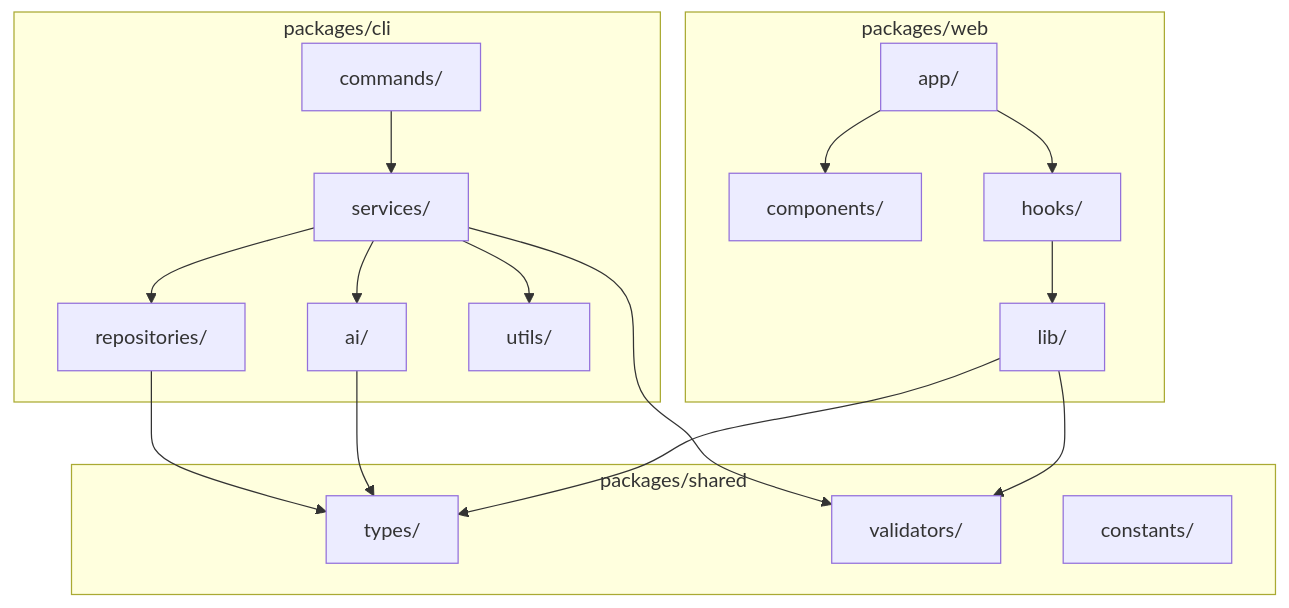
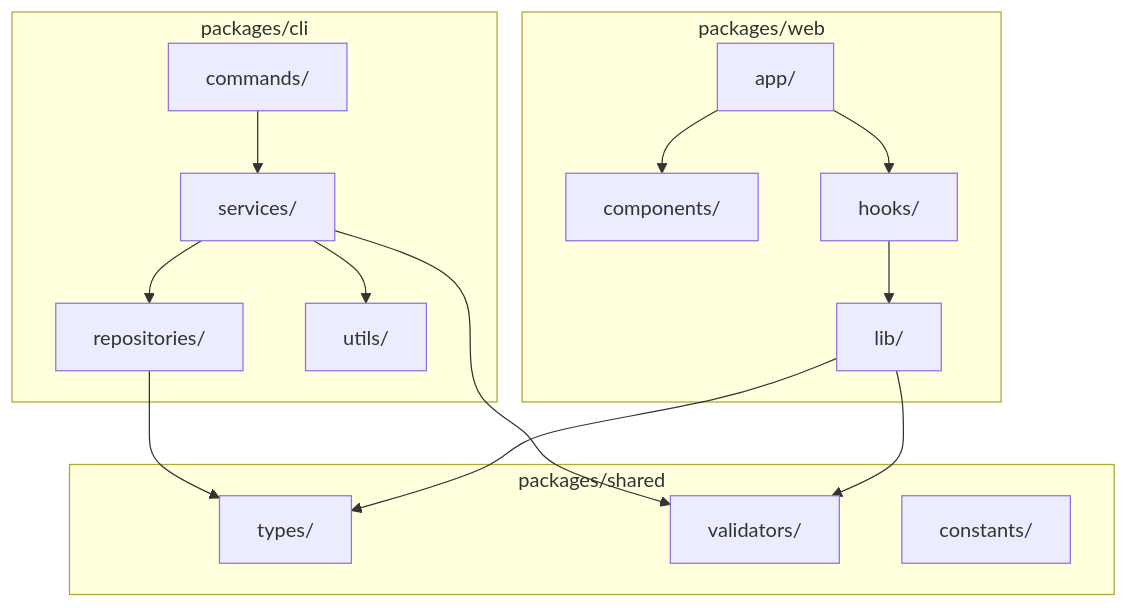
The diagram in .reqord/context/structure-diagram.md (kicchann/reqord), drawn with Mermaid before and after one commit. The commit also changed other lines of this file and 31 other files, not shown here.

````diff
--- a/.reqord/context/structure-diagram.md
+++ b/.reqord/context/structure-diagram.md
@@ -5,38 +5,35 @@
 ```mermaid
 graph TB
     subgraph "packages/cli"
         CLI_CMD["commands/"]
         CLI_SVC["services/"]
         CLI_REPO["repositories/"]
-        CLI_AI["ai/"]
         CLI_UTIL["utils/"]
     end
 
     subgraph "packages/web"
         WEB_APP["app/"]
         WEB_COMP["components/"]
         WEB_HOOKS["hooks/"]
         WEB_LIB["lib/"]
     end
 
     subgraph "packages/shared"
         SHARED_TYPES["types/"]
         SHARED_VAL["validators/"]
         SHARED_CONST["constants/"]
     end
 
     CLI_CMD --> CLI_SVC
     CLI_SVC --> CLI_REPO
-    CLI_SVC --> CLI_AI
     CLI_SVC --> CLI_UTIL
     CLI_REPO --> SHARED_TYPES
-    CLI_AI --> SHARED_TYPES
 
     WEB_APP --> WEB_COMP
     WEB_APP --> WEB_HOOKS
     WEB_HOOKS --> WEB_LIB
     WEB_LIB --> SHARED_TYPES
 
     CLI_SVC --> SHARED_VAL
     WEB_LIB --> SHARED_VAL
 ```
````
